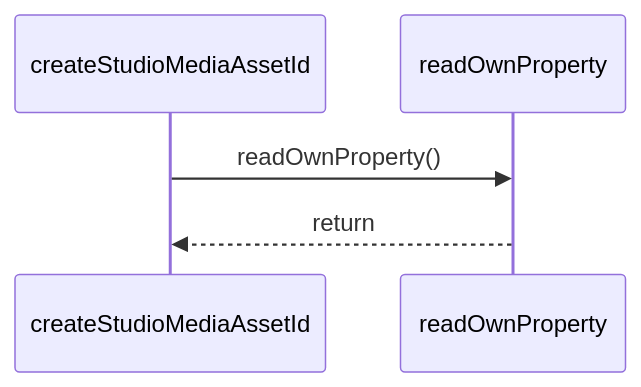
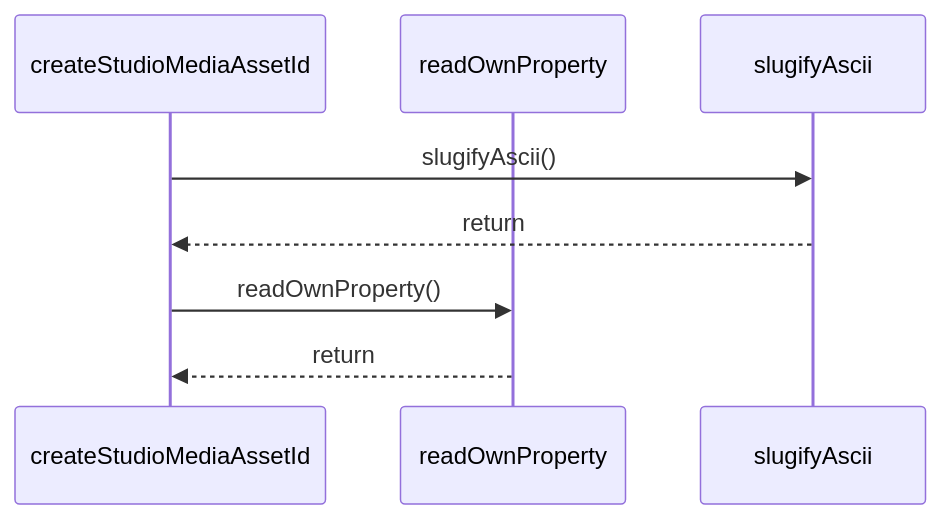
Before and after one commit to ankhorage/studio: the diagram in paradox/diagrams/sequences/create-studio-media-asset-id.mmd, drawn with Mermaid. The commit also changed 12 other files, not shown here.

```diff
--- a/paradox/diagrams/sequences/create-studio-media-asset-id.mmd
+++ b/paradox/diagrams/sequences/create-studio-media-asset-id.mmd
@@ -1,5 +1,8 @@
 sequenceDiagram
   participant participant_createStudioMediaAssetId as createStudioMediaAssetId
   participant participant_readOwnProperty as readOwnProperty
+  participant participant_slugifyAscii as slugifyAscii
+  participant_createStudioMediaAssetId->>participant_slugifyAscii: slugifyAscii()
+  participant_slugifyAscii-->>participant_createStudioMediaAssetId: return
   participant_createStudioMediaAssetId->>participant_readOwnProperty: readOwnProperty()
   participant_readOwnProperty-->>participant_createStudioMediaAssetId: return
```
